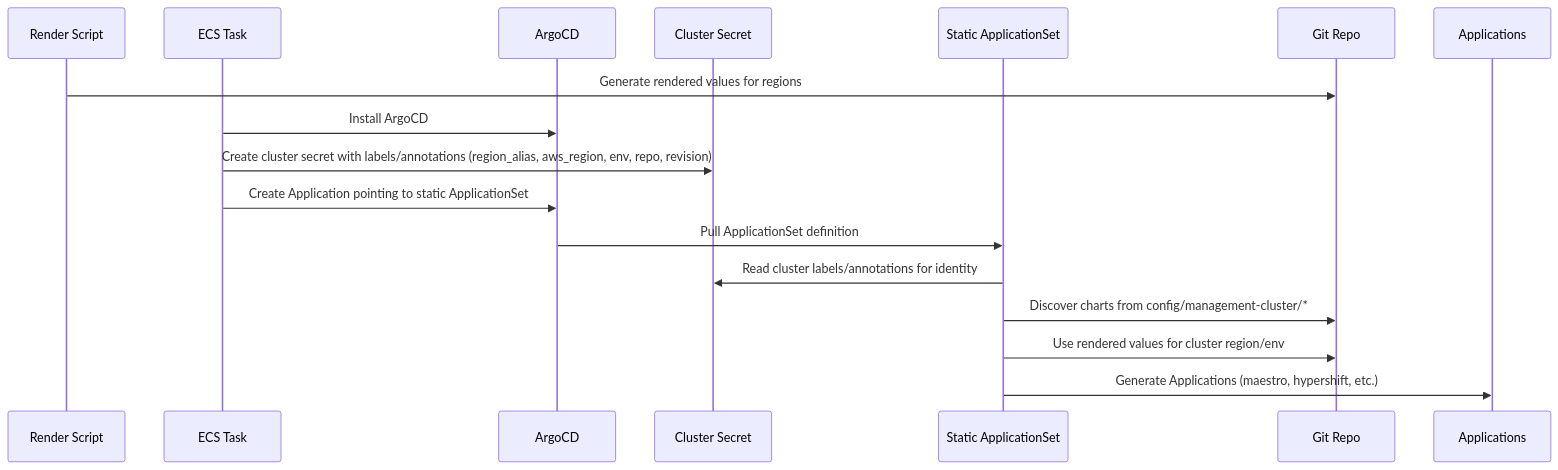
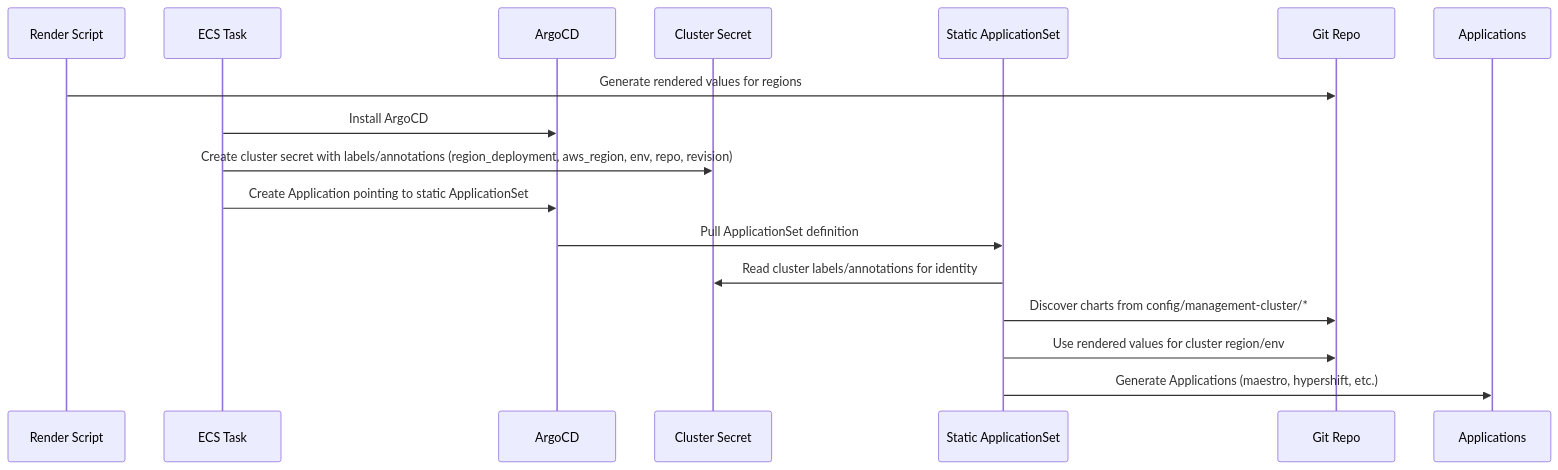
One commit to cdoan1/rosa-regional-platform changed the fifth of 5 diagrams in docs/design/gitops-cluster-configuration.md. Above: the diagram before and after it, drawn with Mermaid. The commit also changed other lines of this file and 47 other files, not shown here.

````diff
--- a/docs/design/gitops-cluster-configuration.md
+++ b/docs/design/gitops-cluster-configuration.md
@@ -404,20 +404,20 @@
 ```mermaid
 sequenceDiagram
     participant Render as Render Script
     participant ECS as ECS Task
     participant ArgoCD as ArgoCD
     participant Secret as Cluster Secret
     participant AppSet as Static ApplicationSet
     participant Git as Git Repo
     participant Apps as Applications
 
     Render->>Git: Generate rendered values for regions
     ECS->>ArgoCD: Install ArgoCD
-    ECS->>Secret: Create cluster secret with labels/annotations (region_alias, aws_region, env, repo, revision)
+    ECS->>Secret: Create cluster secret with labels/annotations (region_deployment, aws_region, env, repo, revision)
     ECS->>ArgoCD: Create Application pointing to static ApplicationSet
     ArgoCD->>AppSet: Pull ApplicationSet definition
     AppSet->>Secret: Read cluster labels/annotations for identity
     AppSet->>Git: Discover charts from config/management-cluster/*
     AppSet->>Git: Use rendered values for cluster region/env
     AppSet->>Apps: Generate Applications (maestro, hypershift, etc.)
 ```
````
